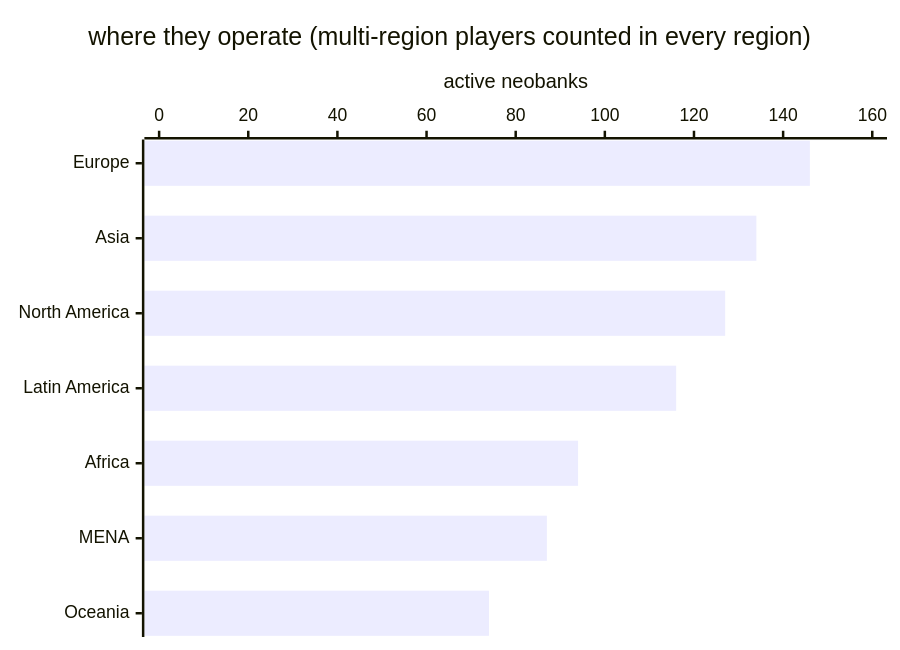
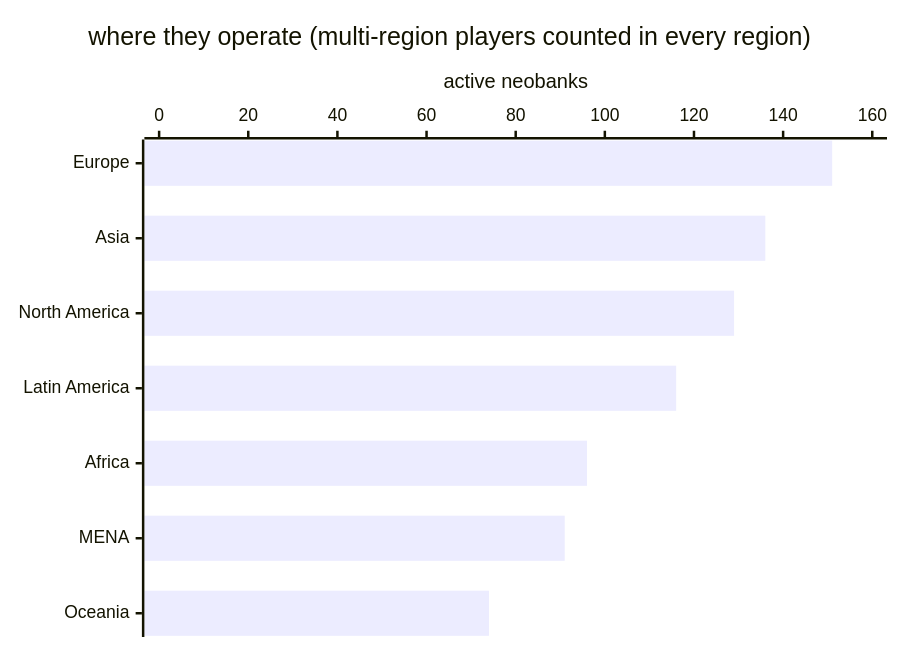
The third of 3 diagrams in README.md (andreolf/neobankbeat), drawn with Mermaid before and after one commit. The commit also changed other lines of this file and 1603 other files, not shown here.

````diff
--- a/README.md
+++ b/README.md
@@ -59,7 +59,7 @@
 ```mermaid
 xychart-beta horizontal
     title "where they operate (multi-region players counted in every region)"
     x-axis ["Europe", "Asia", "North America", "Latin America", "Africa", "MENA", "Oceania"]
     y-axis "active neobanks" 0 --> 160
-    bar [146, 134, 127, 116, 94, 87, 74]
+    bar [151, 136, 129, 116, 96, 91, 74]
 ```
````
